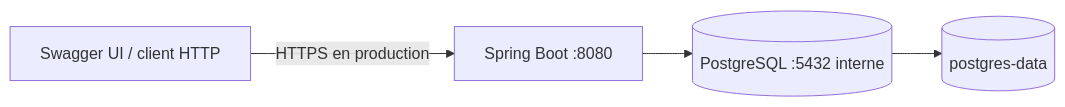
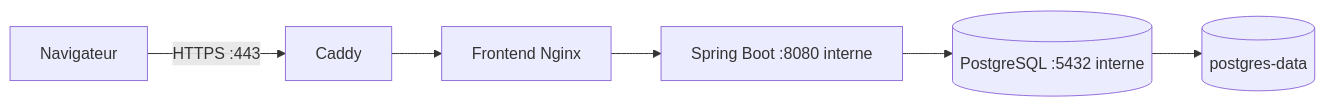
Before and after one commit to yoesefab/Library-Management-System: the diagram in docs/deployment.md, drawn with Mermaid. The commit also changed other lines of this file and 41 other files, not shown here.

````diff
--- a/docs/deployment.md
+++ b/docs/deployment.md
@@ -14,6 +14,8 @@
 ```mermaid
 flowchart LR
-    Client[Swagger UI / client HTTP] -->|HTTPS en production| API[Spring Boot :8080]
+    Client[Navigateur] -->|HTTPS :443| Caddy[Caddy]
+    Caddy --> Web[Frontend Nginx]
+    Web --> API[Spring Boot :8080 interne]
     API --> PG[(PostgreSQL :5432 interne)]
     PG --> Volume[(postgres-data)]
 ```
````
